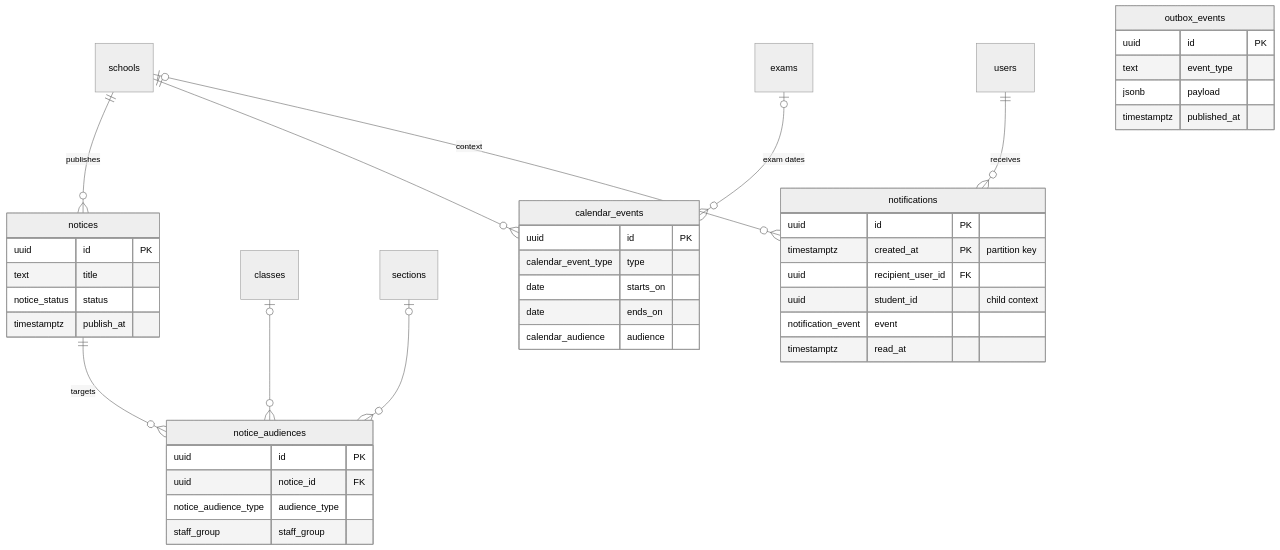
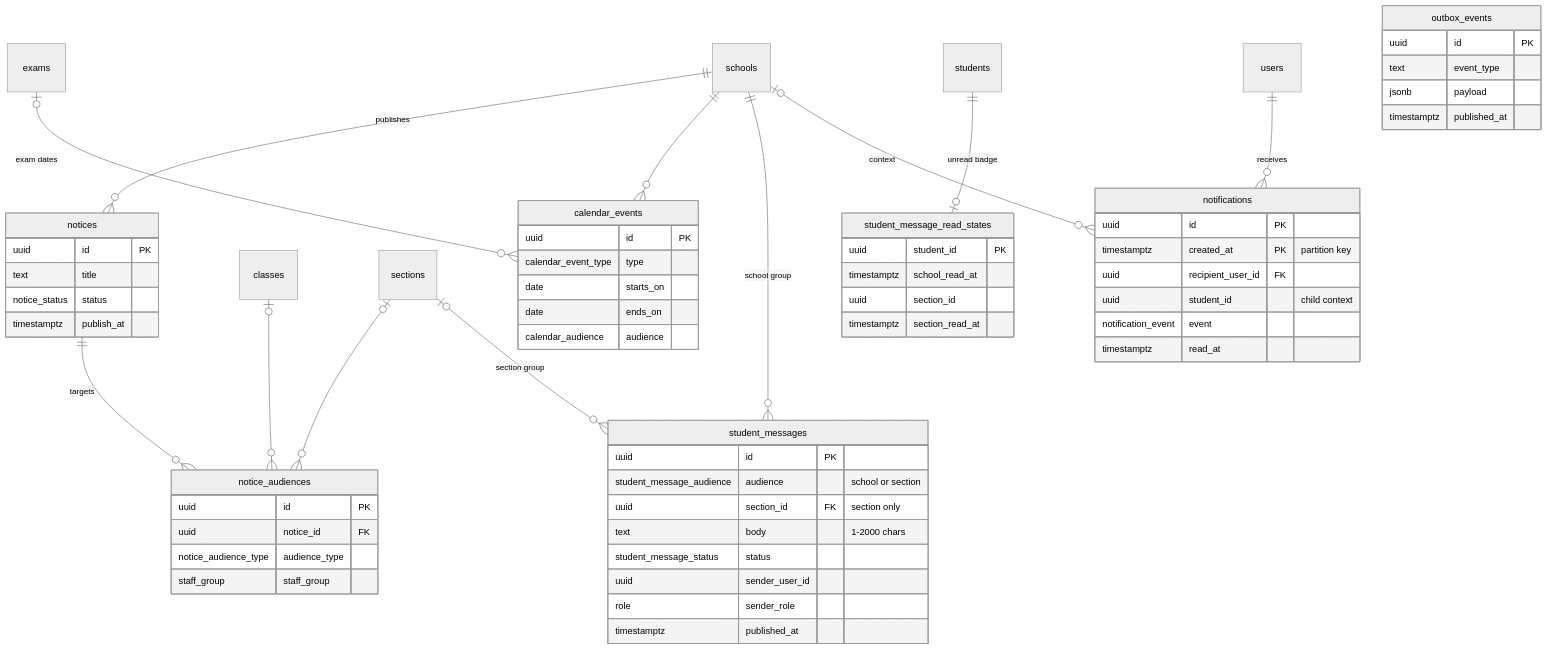
One commit to Worksarvesh/school-erp changed the eighth of 10 diagrams in docs/system-design/schema/ER-DIAGRAMS.md. Above: the diagram before and after it, drawn with Mermaid (neutral theme). The commit also changed other lines of this file and 11 other files, not shown here.

First line of the commit message:
docs: apply V1.2 scope decisions to the draft schema and design docs

````diff
--- a/docs/system-design/schema/ER-DIAGRAMS.md
+++ b/docs/system-design/schema/ER-DIAGRAMS.md
@@ -433,45 +453,64 @@
 ```mermaid
 erDiagram
   schools ||--o{ notices : publishes
   notices ||--o{ notice_audiences : targets
   classes |o--o{ notice_audiences : ""
   sections |o--o{ notice_audiences : ""
   schools ||--o{ calendar_events : ""
   exams |o--o{ calendar_events : "exam dates"
+  sections |o--o{ student_messages : "section group"
+  schools ||--o{ student_messages : "school group"
+  students ||--o| student_message_read_states : "unread badge"
   users ||--o{ notifications : receives
   schools |o--o{ notifications : context
 
   notices {
     uuid id PK
     text title
     notice_status status
     timestamptz publish_at
   }
   notice_audiences {
     uuid id PK
     uuid notice_id FK
     notice_audience_type audience_type
     staff_group staff_group
+  }
+  student_messages {
+    uuid id PK
+    student_message_audience audience "school or section"
+    uuid section_id FK "section only"
+    text body "1-2000 chars"
+    student_message_status status
+    uuid sender_user_id
+    role sender_role
+    timestamptz published_at
+  }
+  student_message_read_states {
+    uuid student_id PK
+    timestamptz school_read_at
+    uuid section_id
+    timestamptz section_read_at
   }
   calendar_events {
     uuid id PK
     calendar_event_type type
     date starts_on
     date ends_on
     calendar_audience audience
   }
   notifications {
     uuid id PK
     timestamptz created_at PK "partition key"
     uuid recipient_user_id FK
     uuid student_id "child context"
     notification_event event
     timestamptz read_at
   }
   outbox_events {
     uuid id PK
     text event_type
     jsonb payload
     timestamptz published_at
   }
 ```
````
